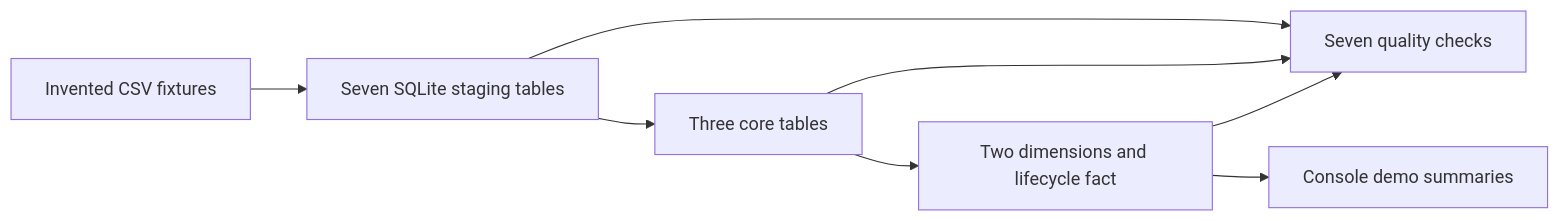
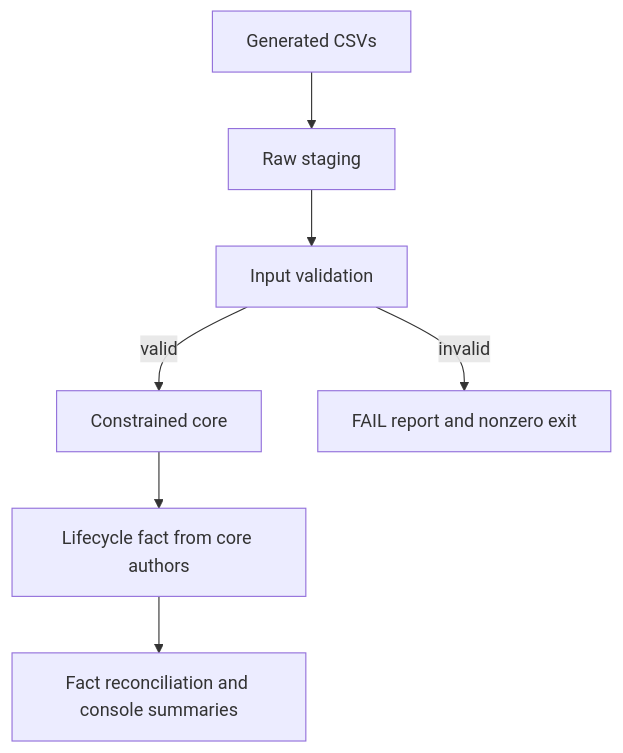
Before and after one commit to roberthlane/research-ops-data-architecture-portfolio: the diagram in README.md, drawn with Mermaid. The commit also changed other lines of this file and 47 other files, not shown here.

Commit message:
fix: validate workflow inputs and correct reporting architecture

````diff
--- a/README.md
+++ b/README.md
@@ -49,10 +33,9 @@
 ```mermaid
-flowchart LR
-    A[Invented CSV fixtures] --> B[Seven SQLite staging tables]
-    B --> C[Three core tables]
-    C --> D[Two dimensions and lifecycle fact]
-    B --> Q[Seven quality checks]
-    C --> Q
-    D --> Q
-    D --> E[Console demo summaries]
+flowchart TD
+    A[Generated CSVs] --> B[Raw staging]
+    B --> C[Input validation]
+    C -->|valid| D[Constrained core]
+    C -->|invalid| E[FAIL report and nonzero exit]
+    D --> F[Lifecycle fact from core authors]
+    F --> G[Fact reconciliation and console summaries]
 ```
````
